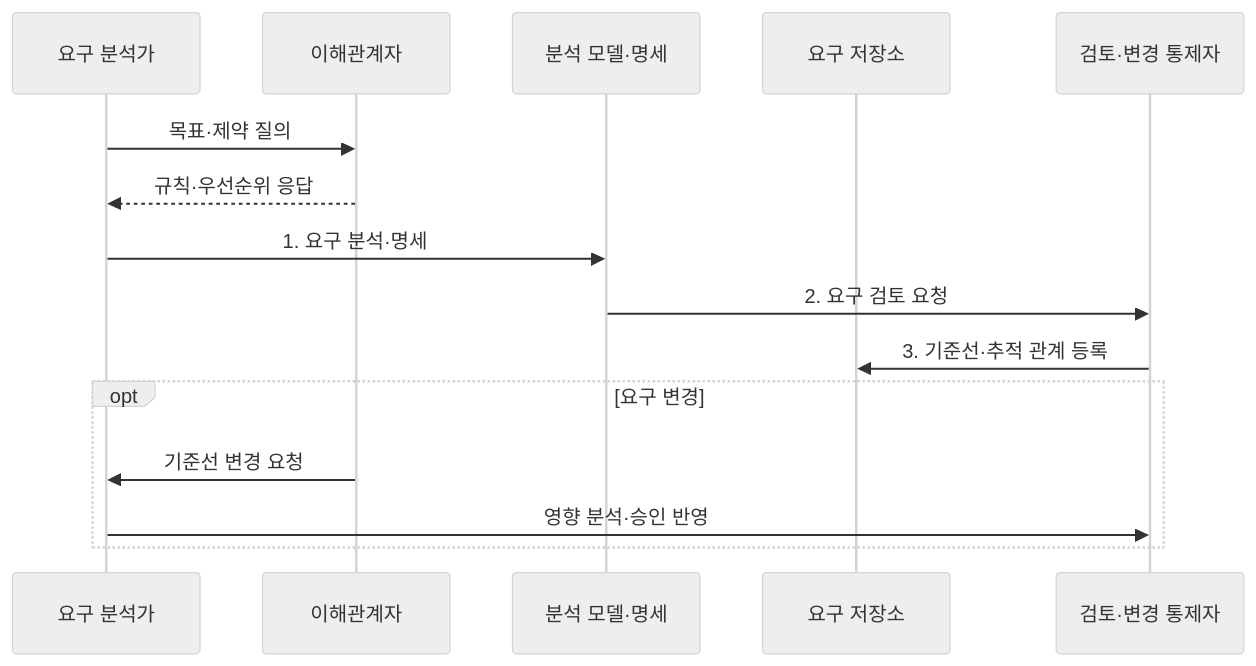
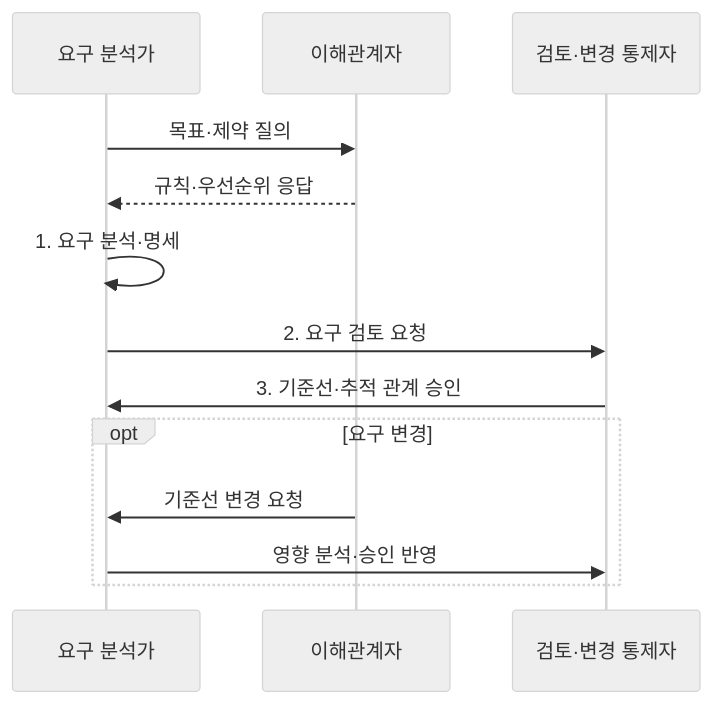
One commit to agnusdei1207/knowledge-base changed the second of 2 diagrams in src/content/docs/notes/03-software/036_requirements_analysis.md. Above: the diagram before and after it, drawn with Mermaid (neutral theme). The commit also changed other lines of this file and 6 other files, not shown here.

Commit message:
Trim software design diagram actors

````diff
--- a/src/content/docs/notes/03-software/036_requirements_analysis.md
+++ b/src/content/docs/notes/03-software/036_requirements_analysis.md
@@ -101,17 +101,15 @@
 ```mermaid
 sequenceDiagram
     participant A as 요구 분석가
     participant S as 이해관계자
-    participant M as 분석 모델·명세
-    participant R as 요구 저장소
     participant C as 검토·변경 통제자
     A->>S: 목표·제약 질의
     S-->>A: 규칙·우선순위 응답
-    A->>M: 1. 요구 분석·명세
-    M->>C: 2. 요구 검토 요청
-    C->>R: 3. 기준선·추적 관계 등록
+    A->>A: 1. 요구 분석·명세
+    A->>C: 2. 요구 검토 요청
+    C->>A: 3. 기준선·추적 관계 승인
     opt 요구 변경
         S->>A: 기준선 변경 요청
         A->>C: 영향 분석·승인 반영
     end
 ```
````
